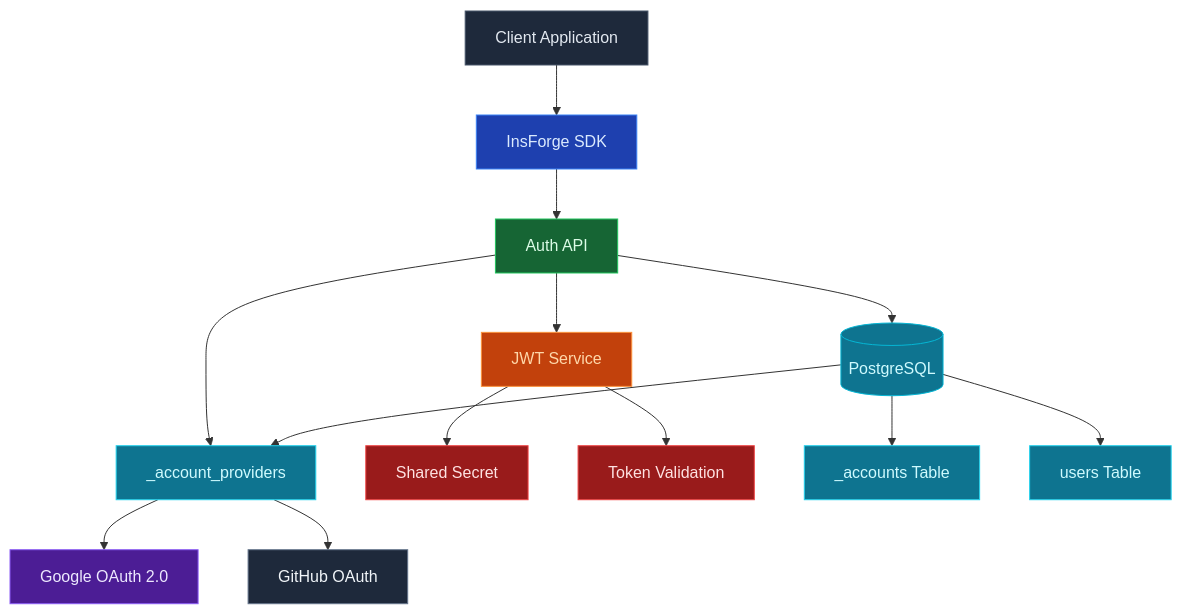
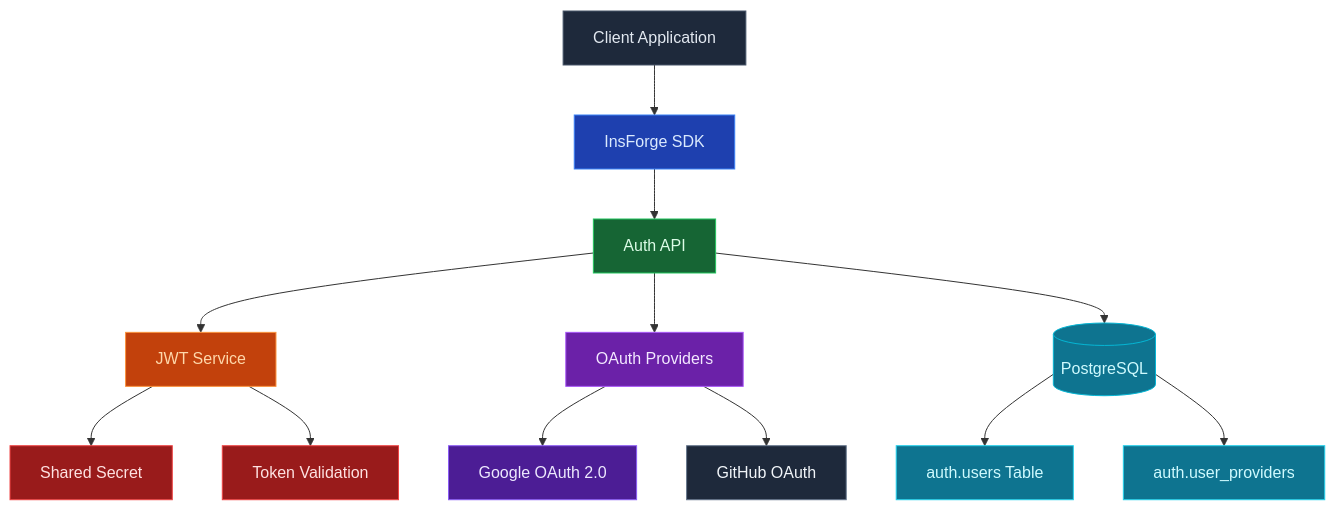
Before and after one commit to InsForge/InsForge: the first of 3 diagrams in docs/core-concepts/authentication/architecture.mdx, drawn with Mermaid. The commit also changed other lines of this file and 25 other files, not shown here.

````diff
--- a/docs/core-concepts/authentication/architecture.mdx
+++ b/docs/core-concepts/authentication/architecture.mdx
@@ -12,33 +12,31 @@
 ```mermaid
 graph TB
     Client[Client Application] --> SDK[InsForge SDK]
     SDK --> AuthAPI[Auth API]
     
     AuthAPI --> JWT[JWT Service]
     AuthAPI --> OAuth[OAuth Providers]
     AuthAPI --> DB[(PostgreSQL)]
     
     OAuth --> Google[Google OAuth 2.0]
     OAuth --> GitHub[GitHub OAuth]
     
     JWT --> Secret[Shared Secret]
     JWT --> Validation[Token Validation]
     
-    DB --> Accounts[_accounts Table]
-    DB --> Users[users Table]
-    DB --> OAuth[_account_providers]
+    DB --> Users[auth.users Table]
+    DB --> Providers[auth.user_providers]
     
     style Client fill:#1e293b,stroke:#475569,color:#e2e8f0
     style SDK fill:#1e40af,stroke:#3b82f6,color:#dbeafe
     style AuthAPI fill:#166534,stroke:#22c55e,color:#dcfce7
     style JWT fill:#c2410c,stroke:#fb923c,color:#fed7aa
     style OAuth fill:#6b21a8,stroke:#a855f7,color:#f3e8ff
     style DB fill:#0e7490,stroke:#06b6d4,color:#cffafe
     style Secret fill:#991b1b,stroke:#ef4444,color:#fee2e2
     style Google fill:#4c1d95,stroke:#8b5cf6,color:#ede9fe
     style GitHub fill:#1e293b,stroke:#64748b,color:#f1f5f9
     style Validation fill:#991b1b,stroke:#ef4444,color:#fee2e2
-    style Accounts fill:#0e7490,stroke:#22d3ee,color:#cffafe
     style Users fill:#0e7490,stroke:#22d3ee,color:#cffafe
-    style OAuth fill:#0e7490,stroke:#22d3ee,color:#cffafe
+    style Providers fill:#0e7490,stroke:#22d3ee,color:#cffafe
 ```
````
